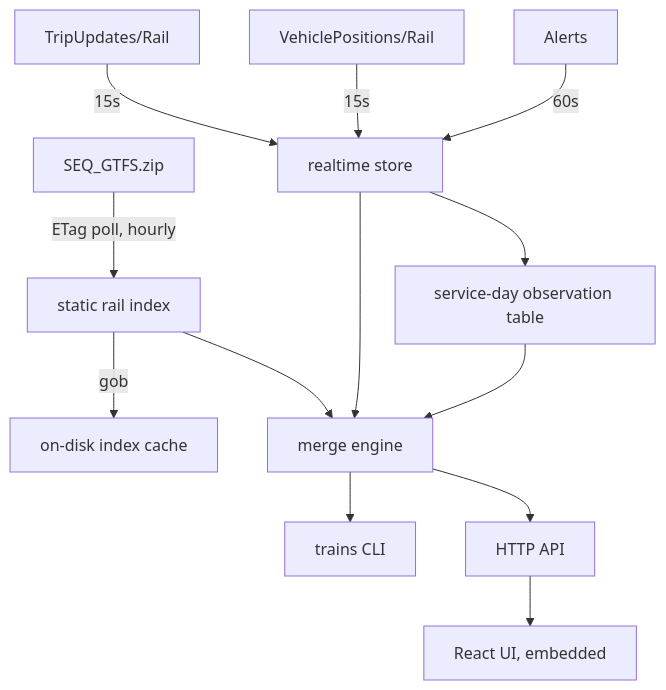
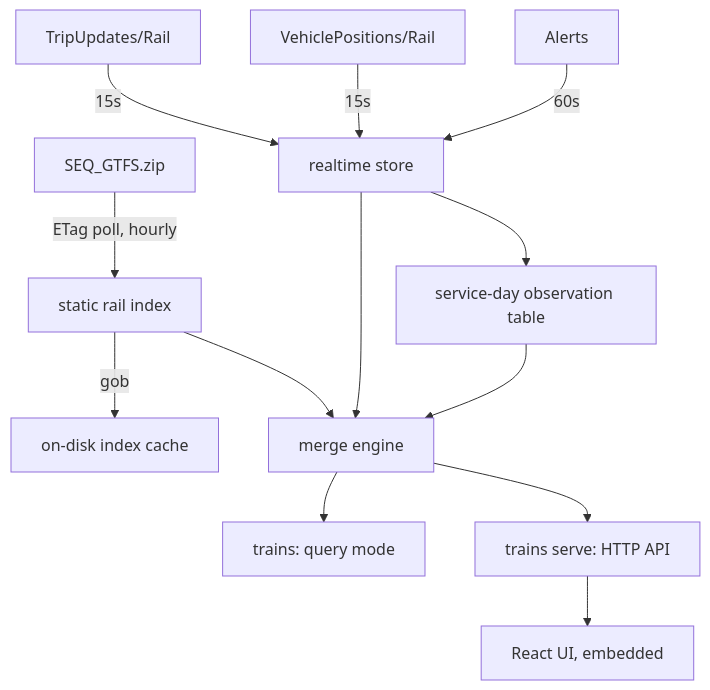
One commit to Zaptross/bris-trains changed the diagram in SPEC.md. Above: the diagram before and after it, drawn with Mermaid. The commit also changed other lines of this file and 1 other file, not shown here.

First line of the commit message:
docs: merge CLI and server into one trains binary

````diff
--- a/SPEC.md
+++ b/SPEC.md
@@ -194,15 +194,15 @@
 ```mermaid
 graph TD
   A[SEQ_GTFS.zip] -->|ETag poll, hourly| B[static rail index]
   B -->|gob| B2[on-disk index cache]
   C[TripUpdates/Rail] -->|15s| D[realtime store]
   E[VehiclePositions/Rail] -->|15s| D
   F[Alerts] -->|60s| D
   D --> D2[service-day observation table]
   B --> G[merge engine]
   D --> G
   D2 --> G
-  G --> H[trains CLI]
-  G --> I[HTTP API]
+  G --> H[trains: query mode]
+  G --> I[trains serve: HTTP API]
   I --> J[React UI, embedded]
 ```
````
